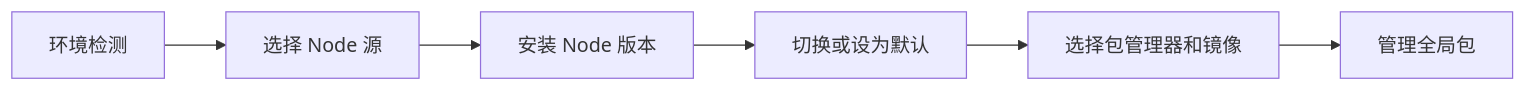
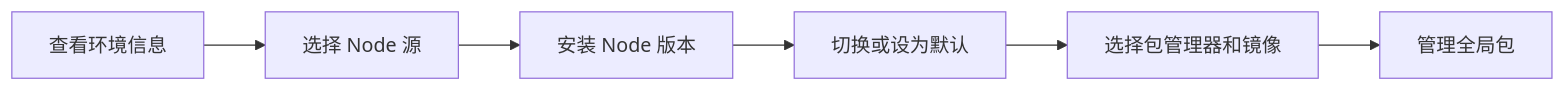
The second of 2 diagrams in prd.md (yulingboy/devDesk), drawn with Mermaid before and after one commit. The commit also changed other lines of this file and 38 other files, not shown here.

````diff
--- a/prd.md
+++ b/prd.md
@@ -112,8 +112,8 @@
 ```mermaid
 flowchart LR
-  A[环境检测] --> B[选择 Node 源]
+  A[查看环境信息] --> B[选择 Node 源]
   B --> C[安装 Node 版本]
   C --> D[切换或设为默认]
   D --> E[选择包管理器和镜像]
   E --> F[管理全局包]
 ```
````
